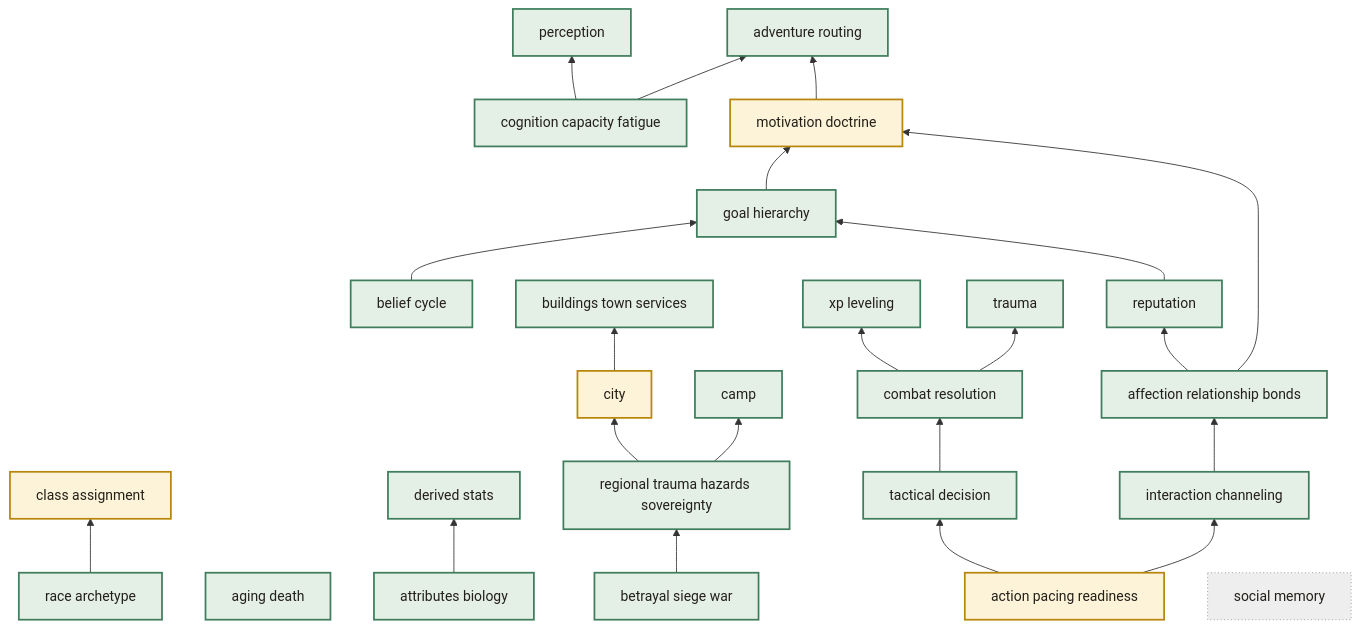
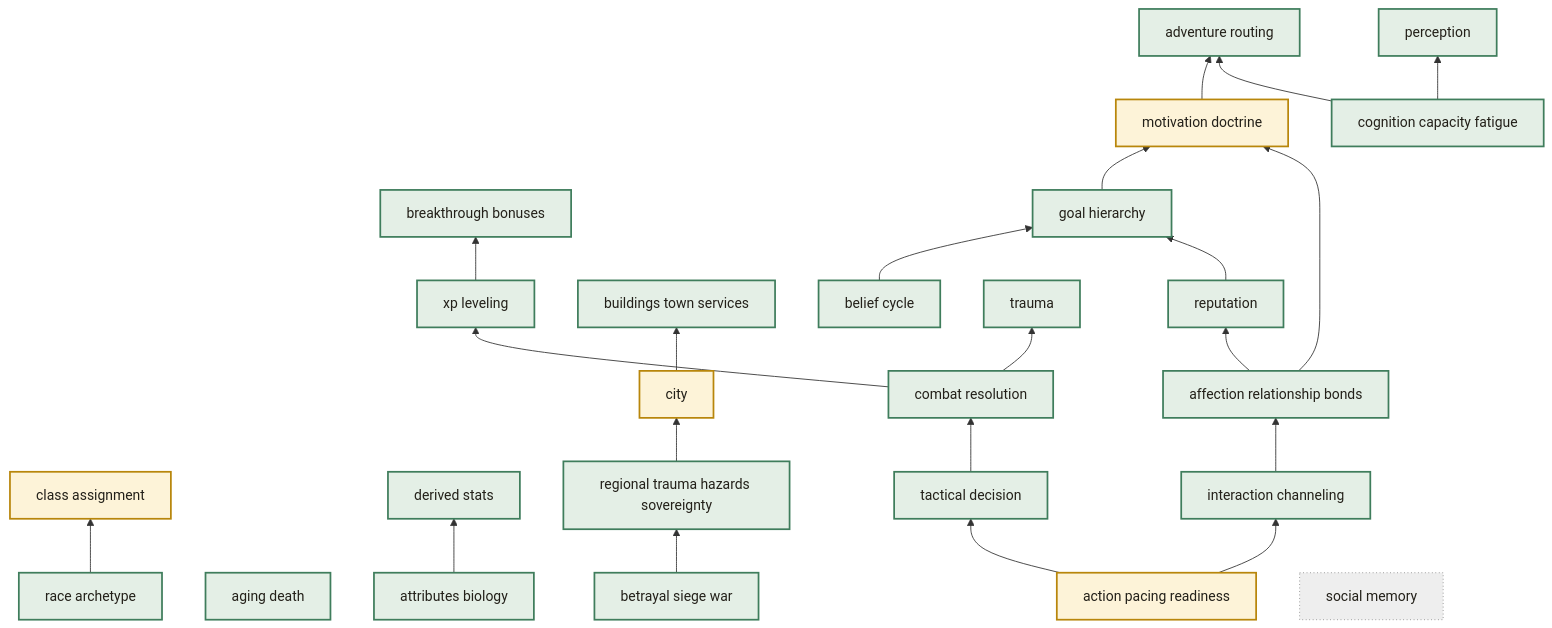
One commit to ttnhan18062000/rpg-based-simulation changed the diagram in docs/brainstorm/mechanism_priority_view.md. Above: the diagram before and after it, drawn with Mermaid. The commit also changed other lines of this file and 6 other files, not shown here.

````diff
--- a/docs/brainstorm/mechanism_priority_view.md
+++ b/docs/brainstorm/mechanism_priority_view.md
@@ -44,56 +44,56 @@
 ```mermaid
 flowchart BT
     classDef done fill:#e4efe6,stroke:#3f7d5c,stroke-width:2px,color:#232019
     classDef partial fill:#fdf3d8,stroke:#b8860b,stroke-width:2px,color:#232019
     classDef gap fill:#f7e4e1,stroke:#b0392f,stroke-width:2px,color:#232019
     classDef orphan fill:#f7e4e1,stroke:#b0392f,stroke-width:2px,stroke-dasharray: 2 2,color:#232019
     classDef gated fill:#f7ecd2,stroke:#9a6b0c,stroke-width:2px,stroke-dasharray: 3 3,color:#232019
     classDef skeleton fill:#eee,stroke:#888,stroke-width:1px,stroke-dasharray: 1 3,color:#232019
 
     action_pacing_readiness["action pacing readiness"]:::partial
     adventure_routing["adventure routing"]:::done
     affection_relationship_bonds["affection relationship bonds"]:::done
     aging_death["aging death"]:::done
     attributes_biology["attributes biology"]:::done
     belief_cycle["belief cycle"]:::done
     betrayal_siege_war["betrayal siege war"]:::done
+    breakthrough_bonuses["breakthrough bonuses"]:::done
     buildings_town_services["buildings town services"]:::done
-    camp["camp"]:::done
     city["city"]:::partial
     class_assignment["class assignment"]:::partial
     cognition_capacity_fatigue["cognition capacity fatigue"]:::done
     combat_resolution["combat resolution"]:::done
     derived_stats["derived stats"]:::done
     goal_hierarchy["goal hierarchy"]:::done
     interaction_channeling["interaction channeling"]:::done
     motivation_doctrine["motivation doctrine"]:::partial
     perception["perception"]:::done
     race_archetype["race archetype"]:::done
     regional_trauma_hazards_sovereignty["regional trauma hazards sovereignty"]:::done
     reputation["reputation"]:::done
     social_memory["social memory"]:::skeleton
     tactical_decision["tactical decision"]:::done
     trauma["trauma"]:::done
     xp_leveling["xp leveling"]:::done
 
     motivation_doctrine --> adventure_routing
     cognition_capacity_fatigue --> adventure_routing
     interaction_channeling --> affection_relationship_bonds
+    xp_leveling --> breakthrough_bonuses
     city --> buildings_town_services
-    regional_trauma_hazards_sovereignty --> camp
     regional_trauma_hazards_sovereignty --> city
     race_archetype --> class_assignment
     tactical_decision --> combat_resolution
     attributes_biology --> derived_stats
     belief_cycle --> goal_hierarchy
     reputation --> goal_hierarchy
     action_pacing_readiness --> interaction_channeling
     goal_hierarchy --> motivation_doctrine
     affection_relationship_bonds --> motivation_doctrine
     cognition_capacity_fatigue --> perception
     betrayal_siege_war --> regional_trauma_hazards_sovereignty
     affection_relationship_bonds --> reputation
     action_pacing_readiness --> tactical_decision
     combat_resolution --> trauma
     combat_resolution --> xp_leveling
 ```
````
